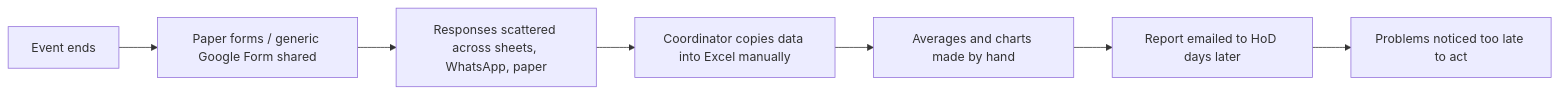
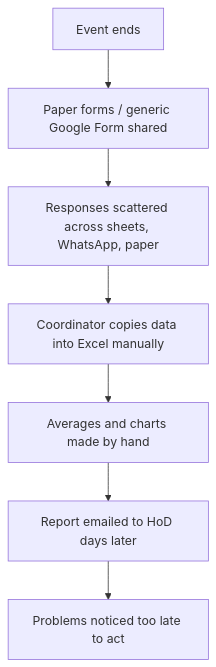
The diagram in docs/01-problem-definition-and-scope.md (vijayyh/event-feedback-dashboard), drawn with Mermaid before and after one commit. The commit also changed 1 other file, not shown here.

Commit message:
docs: lay out process and deployment diagrams top-to-bottom
The left-to-right versions rendered too small to read on GitHub.

````diff
--- a/docs/01-problem-definition-and-scope.md
+++ b/docs/01-problem-definition-and-scope.md
@@ -19,9 +19,9 @@
 ```mermaid
-flowchart LR
+flowchart TB
     A[Event ends] --> B[Paper forms / generic Google Form shared]
     B --> C[Responses scattered across sheets, WhatsApp, paper]
     C --> D[Coordinator copies data into Excel manually]
     D --> E[Averages and charts made by hand]
     E --> F[Report emailed to HoD days later]
     F --> G[Problems noticed too late to act]
 ```
````
